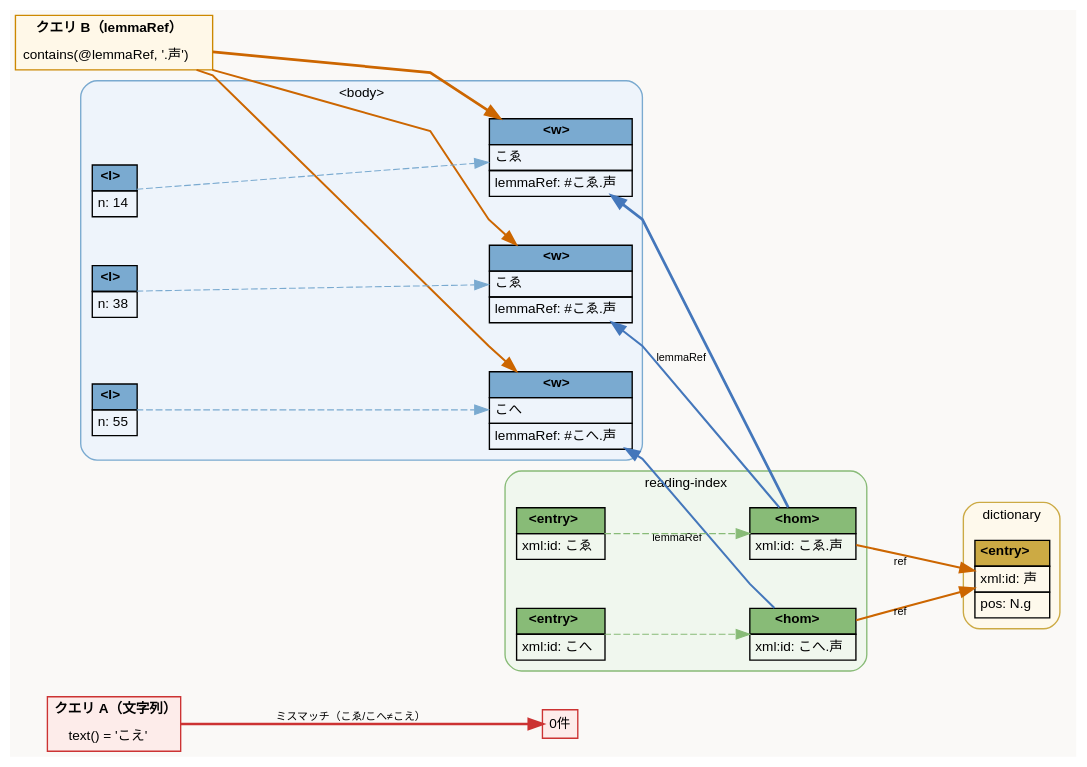
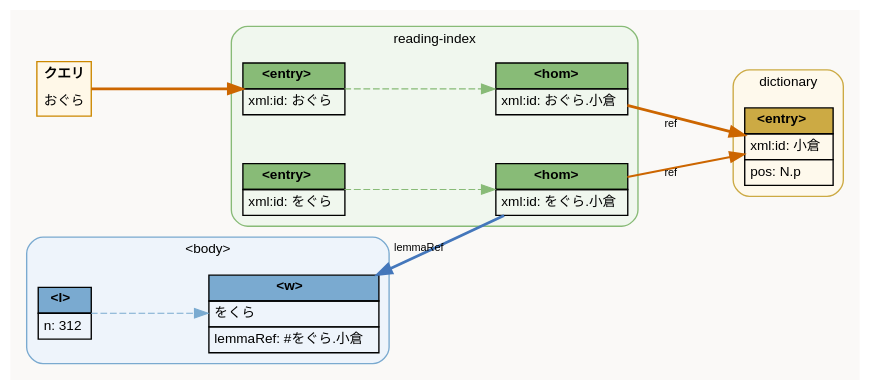
The diagram in docs/search-ex4.dot (idiig/kokin-tei-merge), drawn with Graphviz before and after one commit. The commit also changed 1 other file, not shown here.

Commit message:
docs(search-ex4): Update diagram to illustrate successful kana search query
Revise the GraphViz diagram to replace the failing string query 'こ
え' with a successful modern kana query 'おぐら', adjusting nodes
and connections to show the correct search path via reading-index to
dictionary entry for 小倉.

```diff
--- a/docs/search-ex4.dot
+++ b/docs/search-ex4.dot
@@ -1,138 +1,97 @@
 digraph search_kanazukai {
   graph [
     rankdir=LR
     fontname="Helvetica"
     bgcolor="#faf9f7"
     splines=polyline
     nodesep=0.5
     ranksep=1.2
     newrank=true
   ]
   node [fontname="Helvetica" fontsize=10 shape=plain]
   edge [fontname="Helvetica" fontsize=8 color="#aaaaaa" penwidth=0.8]
 
-  /* ── query A: string search (fails) ── */
-  query_str [label=<<TABLE BORDER="1" CELLBORDER="0" CELLSPACING="0" CELLPADDING="4" BGCOLOR="#fdecea" COLOR="#cc3333">
-    <TR><TD><B>クエリ A（文字列）</B></TD></TR>
-    <TR><TD>text() = 'こえ'</TD></TR>
+  /* ── query: おぐら (modern kana) ── */
+  query [label=<<TABLE BORDER="1" CELLBORDER="0" CELLSPACING="0" CELLPADDING="4" BGCOLOR="#fff8e8" COLOR="#cc8800">
+    <TR><TD><B>クエリ</B></TD></TR>
+    <TR><TD>おぐら</TD></TR>
   </TABLE>>]
 
-  no_result [label=<<TABLE BORDER="1" CELLBORDER="0" CELLSPACING="0" CELLPADDING="4" BGCOLOR="#fdecea" COLOR="#cc3333">
-    <TR><TD>0件</TD></TR>
-  </TABLE>>]
+  /* ── reading-index ── */
+  subgraph cluster_ri {
+    label="reading-index"
+    style="filled,rounded"
+    fillcolor="#f0f7ee"
+    color="#88bb77"
+    fontname="Helvetica"
+    fontsize=10
 
-  /* ── query B: lemmaRef search (succeeds) ── */
-  query_lemma [label=<<TABLE BORDER="1" CELLBORDER="0" CELLSPACING="0" CELLPADDING="4" BGCOLOR="#fff8e8" COLOR="#cc8800">
-    <TR><TD><B>クエリ B（lemmaRef）</B></TD></TR>
-    <TR><TD>contains(@lemmaRef, '.声')</TD></TR>
-  </TABLE>>]
+    ri_o [label=<<TABLE BORDER="0" CELLBORDER="1" CELLSPACING="0" CELLPADDING="3">
+      <TR><TD BGCOLOR="#88bb77"><B>&lt;entry&gt;</B></TD></TR>
+      <TR><TD ALIGN="LEFT">xml:id: おぐら</TD></TR>
+    </TABLE>>]
+
+    hom_o [label=<<TABLE BORDER="0" CELLBORDER="1" CELLSPACING="0" CELLPADDING="3">
+      <TR><TD BGCOLOR="#88bb77"><B>&lt;hom&gt;</B></TD></TR>
+      <TR><TD ALIGN="LEFT">xml:id: おぐら.小倉</TD></TR>
+    </TABLE>>]
+
+    ri_wo [label=<<TABLE BORDER="0" CELLBORDER="1" CELLSPACING="0" CELLPADDING="3">
+      <TR><TD BGCOLOR="#88bb77"><B>&lt;entry&gt;</B></TD></TR>
+      <TR><TD ALIGN="LEFT">xml:id: をぐら</TD></TR>
+    </TABLE>>]
+
+    hom_wo [label=<<TABLE BORDER="0" CELLBORDER="1" CELLSPACING="0" CELLPADDING="3">
+      <TR><TD BGCOLOR="#88bb77"><B>&lt;hom&gt;</B></TD></TR>
+      <TR><TD ALIGN="LEFT">xml:id: をぐら.小倉</TD></TR>
+    </TABLE>>]
+
+    ri_o  -> hom_o  [style=dashed color="#88bb77"]
+    ri_wo -> hom_wo [style=dashed color="#88bb77"]
+  }
 
   /* ── dictionary ── */
   subgraph cluster_dict {
     label="dictionary"
     style="filled,rounded"
     fillcolor="#fef9ec"
     color="#ccaa44"
     fontname="Helvetica"
     fontsize=10
 
-    e_koe [label=<<TABLE BORDER="0" CELLBORDER="1" CELLSPACING="0" CELLPADDING="3">
+    e_ogura [label=<<TABLE BORDER="0" CELLBORDER="1" CELLSPACING="0" CELLPADDING="3">
       <TR><TD BGCOLOR="#ccaa44"><B>&lt;entry&gt;</B></TD></TR>
-      <TR><TD ALIGN="LEFT">xml:id: 声</TD></TR>
-      <TR><TD ALIGN="LEFT">pos: N.g</TD></TR>
+      <TR><TD ALIGN="LEFT">xml:id: 小倉</TD></TR>
+      <TR><TD ALIGN="LEFT">pos: N.p</TD></TR>
     </TABLE>>]
   }
 
   /* ── body ── */
   subgraph cluster_body {
     label="&lt;body&gt;"
     style="filled,rounded"
     fillcolor="#eef4fb"
     color="#7aaad0"
     fontname="Helvetica"
     fontsize=10
 
     l1 [label=<<TABLE BORDER="0" CELLBORDER="1" CELLSPACING="0" CELLPADDING="3">
       <TR><TD BGCOLOR="#7aaad0"><B>&lt;l&gt;</B></TD></TR>
-      <TR><TD ALIGN="LEFT">n: 14</TD></TR>
+      <TR><TD ALIGN="LEFT">n: 312</TD></TR>
     </TABLE>>]
 
     w1 [label=<<TABLE BORDER="0" CELLBORDER="1" CELLSPACING="0" CELLPADDING="3">
       <TR><TD BGCOLOR="#7aaad0"><B>&lt;w&gt;</B></TD></TR>
-      <TR><TD ALIGN="LEFT">こゑ</TD></TR>
-      <TR><TD ALIGN="LEFT">lemmaRef: #こゑ.声</TD></TR>
-    </TABLE>>]
-
-    l2 [label=<<TABLE BORDER="0" CELLBORDER="1" CELLSPACING="0" CELLPADDING="3">
-      <TR><TD BGCOLOR="#7aaad0"><B>&lt;l&gt;</B></TD></TR>
-      <TR><TD ALIGN="LEFT">n: 38</TD></TR>
-    </TABLE>>]
-
-    w2 [label=<<TABLE BORDER="0" CELLBORDER="1" CELLSPACING="0" CELLPADDING="3">
-      <TR><TD BGCOLOR="#7aaad0"><B>&lt;w&gt;</B></TD></TR>
-      <TR><TD ALIGN="LEFT">こゑ</TD></TR>
-      <TR><TD ALIGN="LEFT">lemmaRef: #こゑ.声</TD></TR>
-    </TABLE>>]
-
-    l3 [label=<<TABLE BORDER="0" CELLBORDER="1" CELLSPACING="0" CELLPADDING="3">
-      <TR><TD BGCOLOR="#7aaad0"><B>&lt;l&gt;</B></TD></TR>
-      <TR><TD ALIGN="LEFT">n: 55</TD></TR>
-    </TABLE>>]
-
-    w3 [label=<<TABLE BORDER="0" CELLBORDER="1" CELLSPACING="0" CELLPADDING="3">
-      <TR><TD BGCOLOR="#7aaad0"><B>&lt;w&gt;</B></TD></TR>
-      <TR><TD ALIGN="LEFT">こへ</TD></TR>
-      <TR><TD ALIGN="LEFT">lemmaRef: #こへ.声</TD></TR>
+      <TR><TD ALIGN="LEFT">をくら</TD></TR>
+      <TR><TD ALIGN="LEFT">lemmaRef: #をぐら.小倉</TD></TR>
     </TABLE>>]
 
     l1 -> w1 [style=dashed color="#7aaad0"]
-    l2 -> w2 [style=dashed color="#7aaad0"]
-    l3 -> w3 [style=dashed color="#7aaad0"]
   }
 
-  /* ── reading-index ── */
-  subgraph cluster_ri {
-    label="reading-index"
-    style="filled,rounded"
-    fillcolor="#f0f7ee"
-    color="#88bb77"
-    fontname="Helvetica"
-    fontsize=10
-
-    ri_kowe [label=<<TABLE BORDER="0" CELLBORDER="1" CELLSPACING="0" CELLPADDING="3">
-      <TR><TD BGCOLOR="#88bb77"><B>&lt;entry&gt;</B></TD></TR>
-      <TR><TD ALIGN="LEFT">xml:id: こゑ</TD></TR>
-    </TABLE>>]
-
-    hom_kowe [label=<<TABLE BORDER="0" CELLBORDER="1" CELLSPACING="0" CELLPADDING="3">
-      <TR><TD BGCOLOR="#88bb77"><B>&lt;hom&gt;</B></TD></TR>
-      <TR><TD ALIGN="LEFT">xml:id: こゑ.声</TD></TR>
-    </TABLE>>]
-
-    ri_kohe [label=<<TABLE BORDER="0" CELLBORDER="1" CELLSPACING="0" CELLPADDING="3">
-      <TR><TD BGCOLOR="#88bb77"><B>&lt;entry&gt;</B></TD></TR>
-      <TR><TD ALIGN="LEFT">xml:id: こへ</TD></TR>
-    </TABLE>>]
-
-    hom_kohe [label=<<TABLE BORDER="0" CELLBORDER="1" CELLSPACING="0" CELLPADDING="3">
-      <TR><TD BGCOLOR="#88bb77"><B>&lt;hom&gt;</B></TD></TR>
-      <TR><TD ALIGN="LEFT">xml:id: こへ.声</TD></TR>
-    </TABLE>>]
-
-    ri_kowe -> hom_kowe [style=dashed color="#88bb77"]
-    ri_kohe -> hom_kohe [style=dashed color="#88bb77"]
-  }
-
-  /* ── path A: fails ── */
-  query_str -> no_result [style=bold penwidth=2 color="#cc3333" label="ミスマッチ（こゑ/こへ≠こえ）"]
-
-  /* ── path B: succeeds ── */
-  query_lemma -> w1       [style=bold penwidth=2 color="#cc6600"]
-  query_lemma -> w2       [style=bold penwidth=1.5 color="#cc6600"]
-  query_lemma -> w3       [style=bold penwidth=1.5 color="#cc6600"]
-  w1          -> hom_kowe [xlabel="lemmaRef" style=bold penwidth=2 color="#4477bb" dir=back]
-  w2          -> hom_kowe [style=bold penwidth=1.5 color="#4477bb" dir=back]
-  w3          -> hom_kohe [xlabel="lemmaRef" style=bold penwidth=1.5 color="#4477bb" dir=back]
-  hom_kowe    -> e_koe    [xlabel="ref" penwidth=1.5 color="#cc6600" style=bold]
-  hom_kohe    -> e_koe    [xlabel="ref" penwidth=1.5 color="#cc6600" style=bold]
+  /* ── search path ── */
+  query   -> ri_o   [style=bold penwidth=2 color="#cc6600"]
+  hom_o   -> e_ogura [xlabel="ref" style=bold penwidth=2 color="#cc6600"]
+  hom_wo  -> e_ogura [xlabel="ref" style=bold penwidth=1.5 color="#cc6600"]
+  w1      -> hom_wo  [xlabel="lemmaRef" style=bold penwidth=2 color="#4477bb" dir=back]
 }
```
